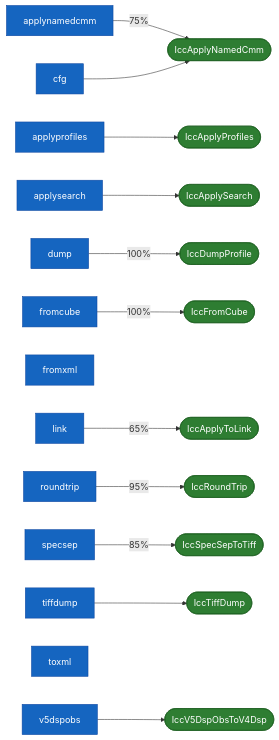
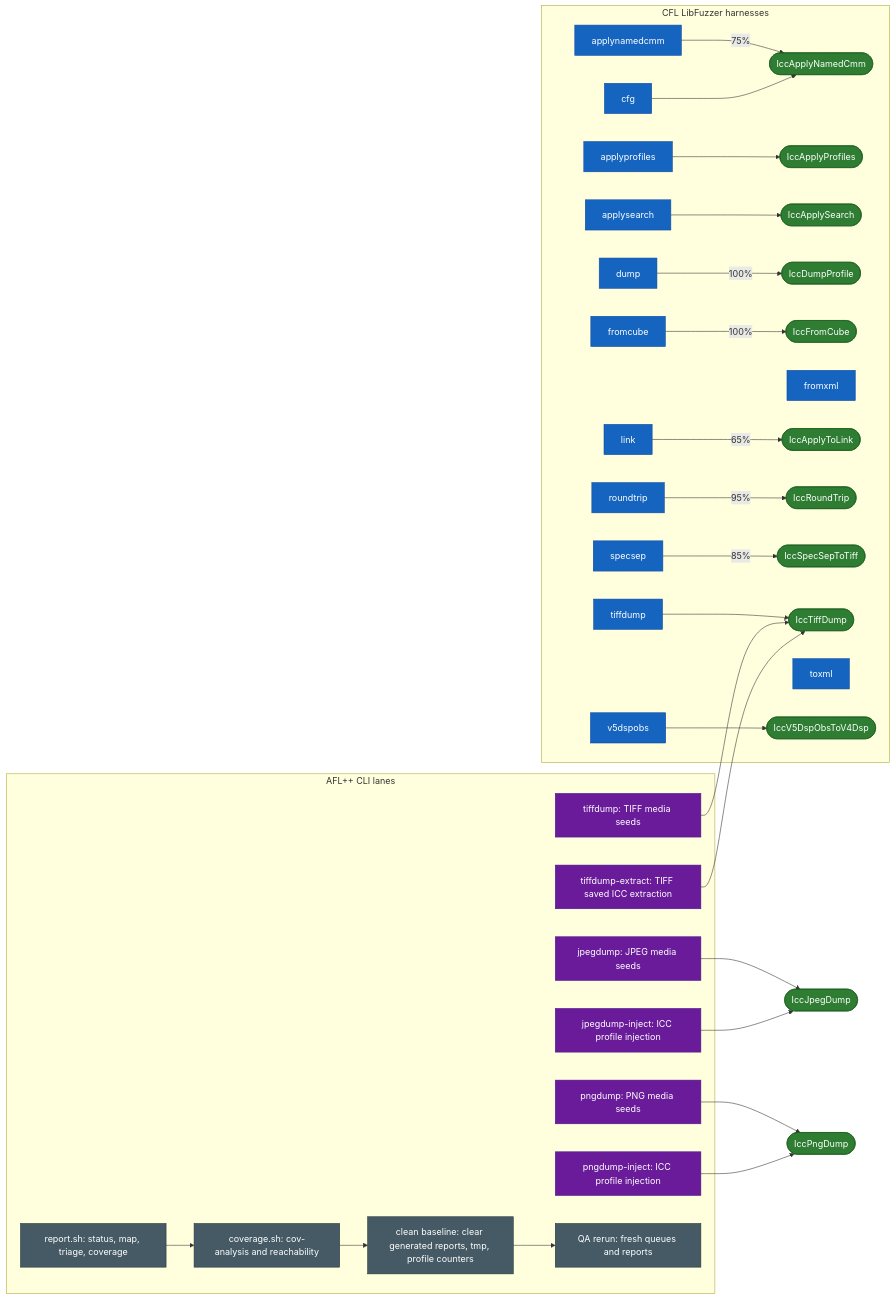
One commit to xsscx/research changed the diagram in call-graph/mermaid/fuzzer-map.md. Above: the diagram before and after it, drawn with Mermaid. The commit also changed other lines of this file and 478 other files, not shown here.

Commit message:
afl: fix jpegdump seed corpus

````diff
--- a/call-graph/mermaid/fuzzer-map.md
+++ b/call-graph/mermaid/fuzzer-map.md
@@ -3,41 +8,72 @@
 ```mermaid
 graph LR
+    subgraph CFL["CFL LibFuzzer harnesses"]
     fuzzer_icc_applynamedcmm_fuzzer["applynamedcmm"]:::fuzzer
     comp_iccdev_tools_IccApplyNamedCmm(["IccApplyNamedCmm"]):::tool
     fuzzer_icc_applynamedcmm_fuzzer -->|75%| comp_iccdev_tools_IccApplyNamedCmm
     fuzzer_icc_applyprofiles_fuzzer["applyprofiles"]:::fuzzer
     comp_iccdev_tools_IccApplyProfiles(["IccApplyProfiles"]):::tool
     fuzzer_icc_applyprofiles_fuzzer --> comp_iccdev_tools_IccApplyProfiles
     fuzzer_icc_applysearch_fuzzer["applysearch"]:::fuzzer
     comp_iccdev_tools_IccApplySearch(["IccApplySearch"]):::tool
     fuzzer_icc_applysearch_fuzzer --> comp_iccdev_tools_IccApplySearch
     fuzzer_icc_cfg_fuzzer["cfg"]:::fuzzer
     comp_iccdev_tools_IccApplyNamedCmm(["IccApplyNamedCmm"]):::tool
     fuzzer_icc_cfg_fuzzer --> comp_iccdev_tools_IccApplyNamedCmm
     fuzzer_icc_dump_fuzzer["dump"]:::fuzzer
     comp_iccdev_tools_IccDumpProfile(["IccDumpProfile"]):::tool
     fuzzer_icc_dump_fuzzer -->|100%| comp_iccdev_tools_IccDumpProfile
     fuzzer_icc_fromcube_fuzzer["fromcube"]:::fuzzer
     comp_iccdev_tools_IccFromCube(["IccFromCube"]):::tool
     fuzzer_icc_fromcube_fuzzer -->|100%| comp_iccdev_tools_IccFromCube
     fuzzer_icc_fromxml_fuzzer["fromxml"]:::fuzzer
     fuzzer_icc_link_fuzzer["link"]:::fuzzer
     comp_iccdev_tools_IccApplyToLink(["IccApplyToLink"]):::tool
     fuzzer_icc_link_fuzzer -->|65%| comp_iccdev_tools_IccApplyToLink
     fuzzer_icc_roundtrip_fuzzer["roundtrip"]:::fuzzer
     comp_iccdev_tools_IccRoundTrip(["IccRoundTrip"]):::tool
     fuzzer_icc_roundtrip_fuzzer -->|95%| comp_iccdev_tools_IccRoundTrip
     fuzzer_icc_specsep_fuzzer["specsep"]:::fuzzer
     comp_iccdev_tools_IccSpecSepToTiff(["IccSpecSepToTiff"]):::tool
     fuzzer_icc_specsep_fuzzer -->|85%| comp_iccdev_tools_IccSpecSepToTiff
     fuzzer_icc_tiffdump_fuzzer["tiffdump"]:::fuzzer
     comp_iccdev_tools_IccTiffDump(["IccTiffDump"]):::tool
     fuzzer_icc_tiffdump_fuzzer --> comp_iccdev_tools_IccTiffDump
     fuzzer_icc_toxml_fuzzer["toxml"]:::fuzzer
     fuzzer_icc_v5dspobs_fuzzer["v5dspobs"]:::fuzzer
     comp_iccdev_tools_IccV5DspObsToV4Dsp(["IccV5DspObsToV4Dsp"]):::tool
     fuzzer_icc_v5dspobs_fuzzer --> comp_iccdev_tools_IccV5DspObsToV4Dsp
+    end
+
+    subgraph AFL["AFL++ CLI lanes"]
+    afl_jpegdump["jpegdump: JPEG media seeds"]:::afl
+    afl_jpegdump_inject["jpegdump-inject: ICC profile injection"]:::afl
+    afl_pngdump["pngdump: PNG media seeds"]:::afl
+    afl_pngdump_inject["pngdump-inject: ICC profile injection"]:::afl
+    afl_tiffdump["tiffdump: TIFF media seeds"]:::afl
+    afl_tiffdump_extract["tiffdump-extract: TIFF saved ICC extraction"]:::afl
+    afl_report["report.sh: status, map, triage, coverage"]:::report
+    afl_coverage["coverage.sh: cov-analysis and reachability"]:::report
+    afl_reset["clean baseline: clear generated reports, tmp, profile counters"]:::report
+    afl_qa["QA rerun: fresh queues and reports"]:::report
+    end
+
+    comp_iccdev_tools_IccJpegDump(["IccJpegDump"]):::tool
+    comp_iccdev_tools_IccPngDump(["IccPngDump"]):::tool
+    comp_iccdev_tools_IccTiffDump(["IccTiffDump"]):::tool
+
+    afl_jpegdump --> comp_iccdev_tools_IccJpegDump
+    afl_jpegdump_inject --> comp_iccdev_tools_IccJpegDump
+    afl_pngdump --> comp_iccdev_tools_IccPngDump
+    afl_pngdump_inject --> comp_iccdev_tools_IccPngDump
+    afl_tiffdump --> comp_iccdev_tools_IccTiffDump
+    afl_tiffdump_extract --> comp_iccdev_tools_IccTiffDump
+    afl_report --> afl_coverage
+    afl_coverage --> afl_reset
+    afl_reset --> afl_qa
 
     classDef fuzzer fill:#1565c0,color:#fff,stroke:#0d47a1
+    classDef afl fill:#6a1b9a,color:#fff,stroke:#4a148c
     classDef tool fill:#2e7d32,color:#fff,stroke:#1b5e20
+    classDef report fill:#455a64,color:#fff,stroke:#263238
 ```
````
